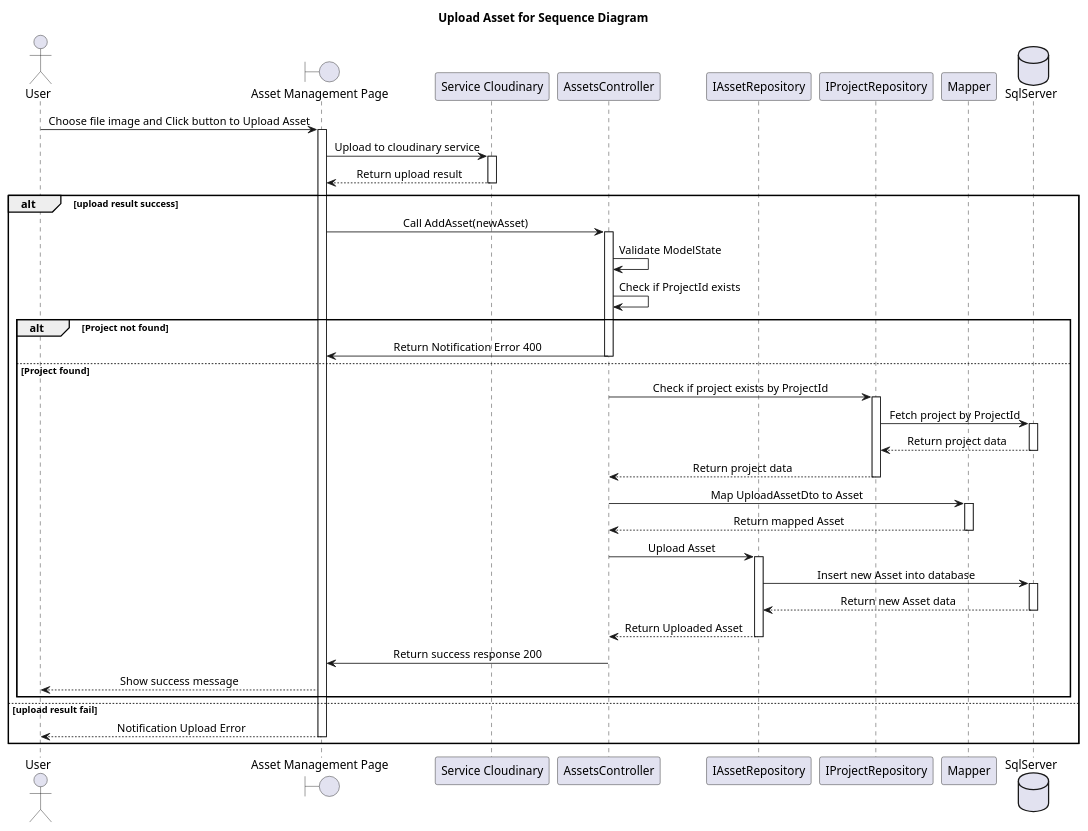
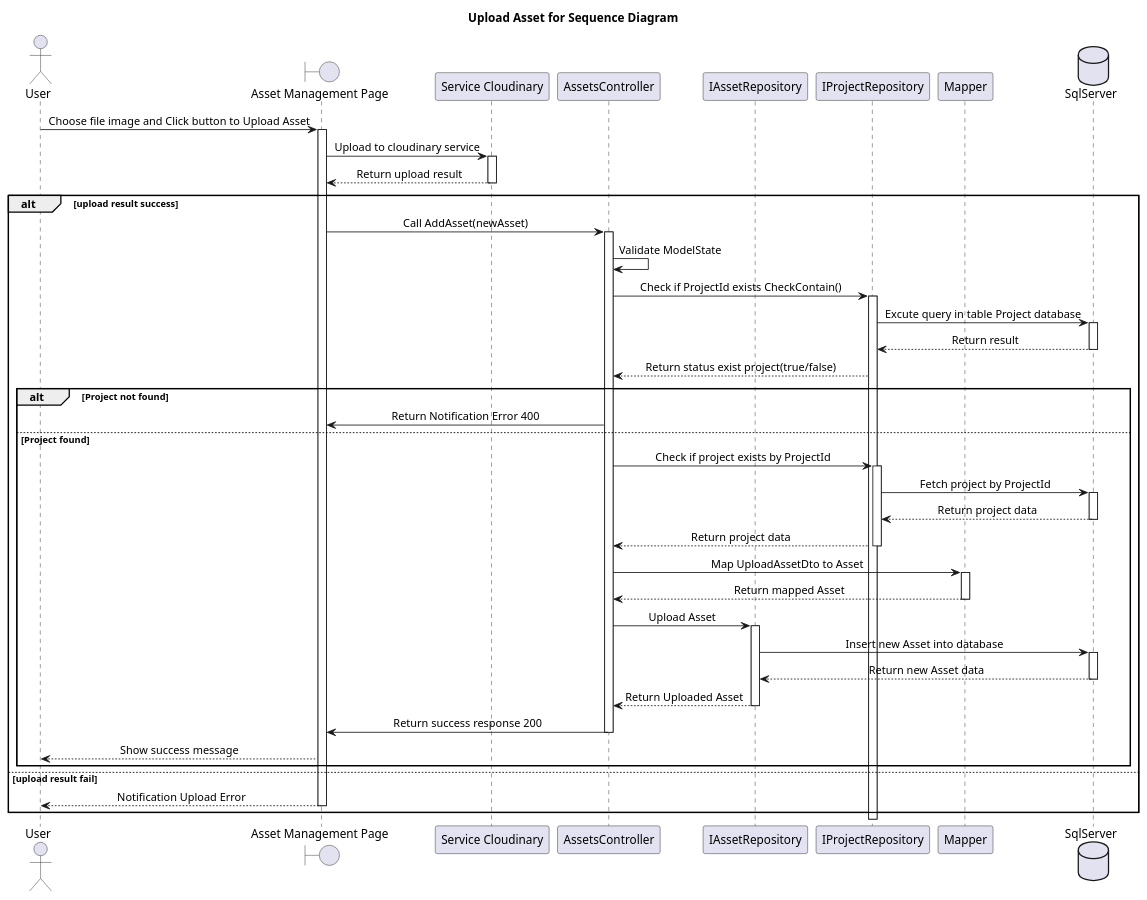
The diagram in ClassDiagram/AssetManagement/UploadAssetSequenceDiagram.plantuml (Caothuludau/InSyncDocument), drawn with PlantUML before and after one commit. The commit also changed 53 other files, not shown here.

Commit message:
update diagram

```diff
--- a/ClassDiagram/AssetManagement/UploadAssetSequenceDiagram.plantuml
+++ b/ClassDiagram/AssetManagement/UploadAssetSequenceDiagram.plantuml
@@ -1,66 +1,71 @@
 @startuml
 skinparam classAttributeIconSize 0
 skinparam SequenceMessageAlignment center
 Title Upload Asset for Sequence Diagram
 
 actor "User" as U
 boundary "Asset Management Page" as Hp
 participant "Service Cloudinary" as SCloud
 participant "AssetsController" as AssController
 participant "IAssetRepository" as IAssRepo
 participant "IProjectRepository" as IProjectRepo
 participant "Mapper" as Mapper
 database "SqlServer" as Db
 
 U -> Hp : Choose file image and Click button to Upload Asset
 activate Hp
 Hp -> SCloud : Upload to cloudinary service
 activate SCloud
 SCloud --> Hp : Return upload result
 deactivate SCloud
 alt upload result success
 
 
     Hp -> AssController : Call AddAsset(newAsset)
     activate AssController
     AssController -> AssController : Validate ModelState
-    AssController -> AssController : Check if ProjectId exists
+    AssController -> IProjectRepo : Check if ProjectId exists CheckContain()
+    activate IProjectRepo
+    IProjectRepo -> Db : Excute query in table Project database
+    activate Db
+    Db --> IProjectRepo : Return result
+    deactivate Db
+    IProjectRepo --> AssController : Return status exist project(true/false)
     alt Project not found
         AssController -> Hp : Return Notification Error 400
-        deactivate AssController
     else Project found
         AssController -> IProjectRepo : Check if project exists by ProjectId
         activate IProjectRepo
         IProjectRepo -> Db : Fetch project by ProjectId
         activate Db
         Db --> IProjectRepo : Return project data
         deactivate Db
         IProjectRepo --> AssController : Return project data
         deactivate IProjectRepo
 
         AssController -> Mapper : Map UploadAssetDto to Asset
         activate Mapper
         Mapper --> AssController : Return mapped Asset
         deactivate Mapper
 
         AssController -> IAssRepo : Upload Asset
         activate IAssRepo
         IAssRepo -> Db : Insert new Asset into database
         activate Db
         Db --> IAssRepo : Return new Asset data
         deactivate Db
         IAssRepo --> AssController : Return Uploaded Asset
         deactivate IAssRepo
 
         AssController -> Hp : Return success response 200
         deactivate AssController
         
         Hp --> U : Show success message
 
     end
 else upload result fail
      Hp  --> U : Notification Upload Error
     deactivate Hp
 end
 
 @enduml
```
